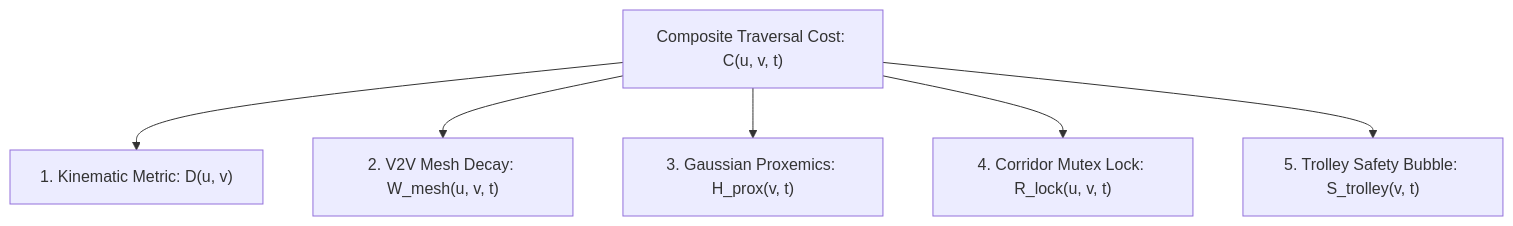
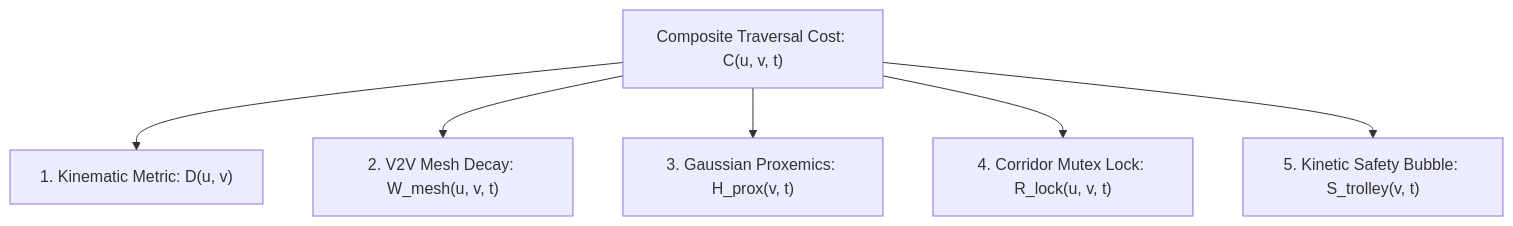
The second of 3 diagrams in paper/methodology_and_formulation.md (polla-fattah/D2RO), drawn with Mermaid before and after one commit. The commit also changed other lines of this file and 2 other files, not shown here.

````diff
--- a/paper/methodology_and_formulation.md
+++ b/paper/methodology_and_formulation.md
@@ -52,11 +72,11 @@
 ```mermaid
 flowchart TD
     Cost["Composite Traversal Cost: C(u, v, t)"]
     D["1. Kinematic Metric: D(u, v)"]
     W["2. V2V Mesh Decay: W_mesh(u, v, t)"]
     H["3. Gaussian Proxemics: H_prox(v, t)"]
     R["4. Corridor Mutex Lock: R_lock(u, v, t)"]
-    S["5. Trolley Safety Bubble: S_trolley(v, t)"]
+    S["5. Kinetic Safety Bubble: S_trolley(v, t)"]
 
     Cost --> D & W & H & R & S
 ```
````
